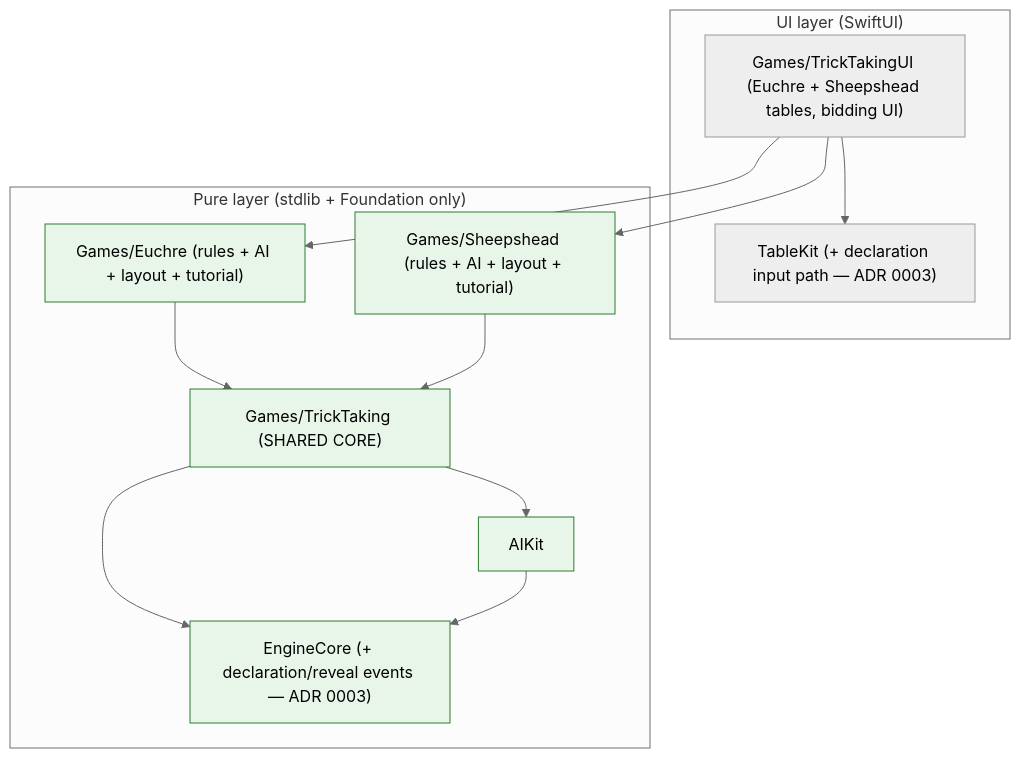
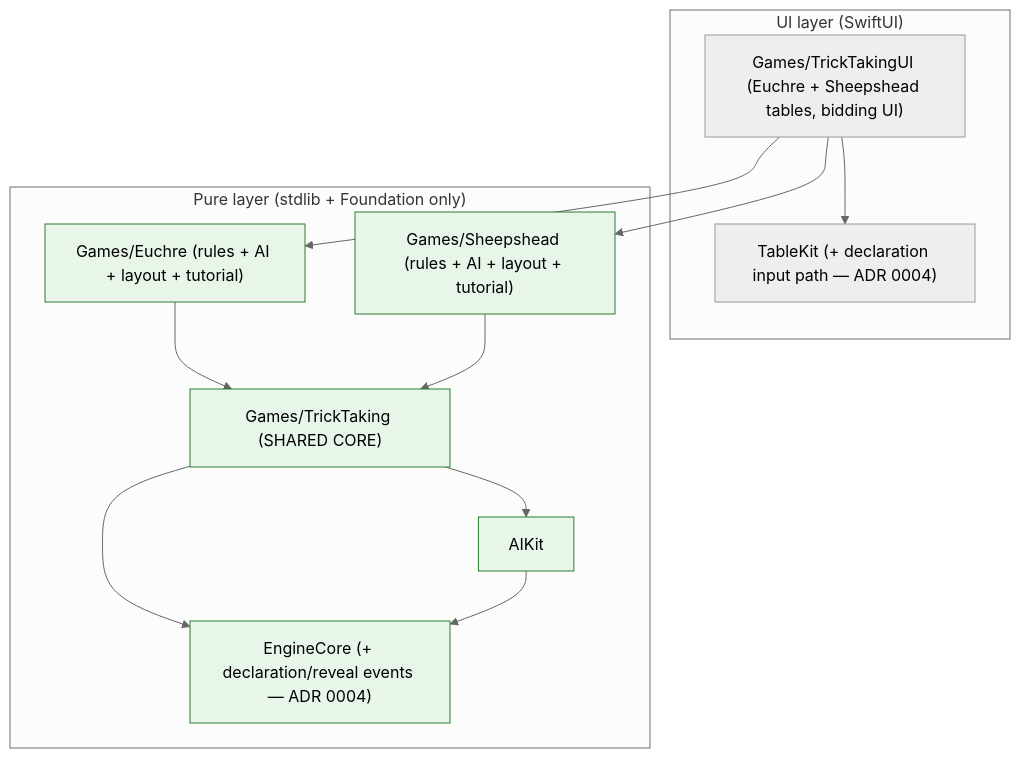
Before and after one commit to qualheim/Parlor: the first of 3 diagrams in .kiro/specs/03-trick-taking-euchre-sheepshead/design.md, drawn with Mermaid (neutral theme). The commit also changed other lines of this file and 7 other files, not shown here.

````diff
--- a/.kiro/specs/03-trick-taking-euchre-sheepshead/design.md
+++ b/.kiro/specs/03-trick-taking-euchre-sheepshead/design.md
@@ -16,25 +16,25 @@
 ```mermaid
 graph TD
     subgraph UI["UI layer (SwiftUI)"]
       TTUI["Games/TrickTakingUI (Euchre + Sheepshead tables, bidding UI)"]
-      TableKit["TableKit (+ declaration input path — ADR 0003)"]
+      TableKit["TableKit (+ declaration input path — ADR 0004)"]
     end
     subgraph Pure["Pure layer (stdlib + Foundation only)"]
       Euchre["Games/Euchre (rules + AI + layout + tutorial)"]
       Sheepshead["Games/Sheepshead (rules + AI + layout + tutorial)"]
       TrickTaking["Games/TrickTaking (SHARED CORE)"]
       AIKit["AIKit"]
-      EngineCore["EngineCore (+ declaration/reveal events — ADR 0003)"]
+      EngineCore["EngineCore (+ declaration/reveal events — ADR 0004)"]
     end
     TTUI --> Euchre
     TTUI --> Sheepshead
     TTUI --> TableKit
     Euchre --> TrickTaking
     Sheepshead --> TrickTaking
     TrickTaking --> AIKit
     TrickTaking --> EngineCore
     AIKit --> EngineCore
 
     classDef pure fill:#e8f5e9,stroke:#2e7d32;
     class Euchre,Sheepshead,TrickTaking,AIKit,EngineCore pure;
 ```
````
